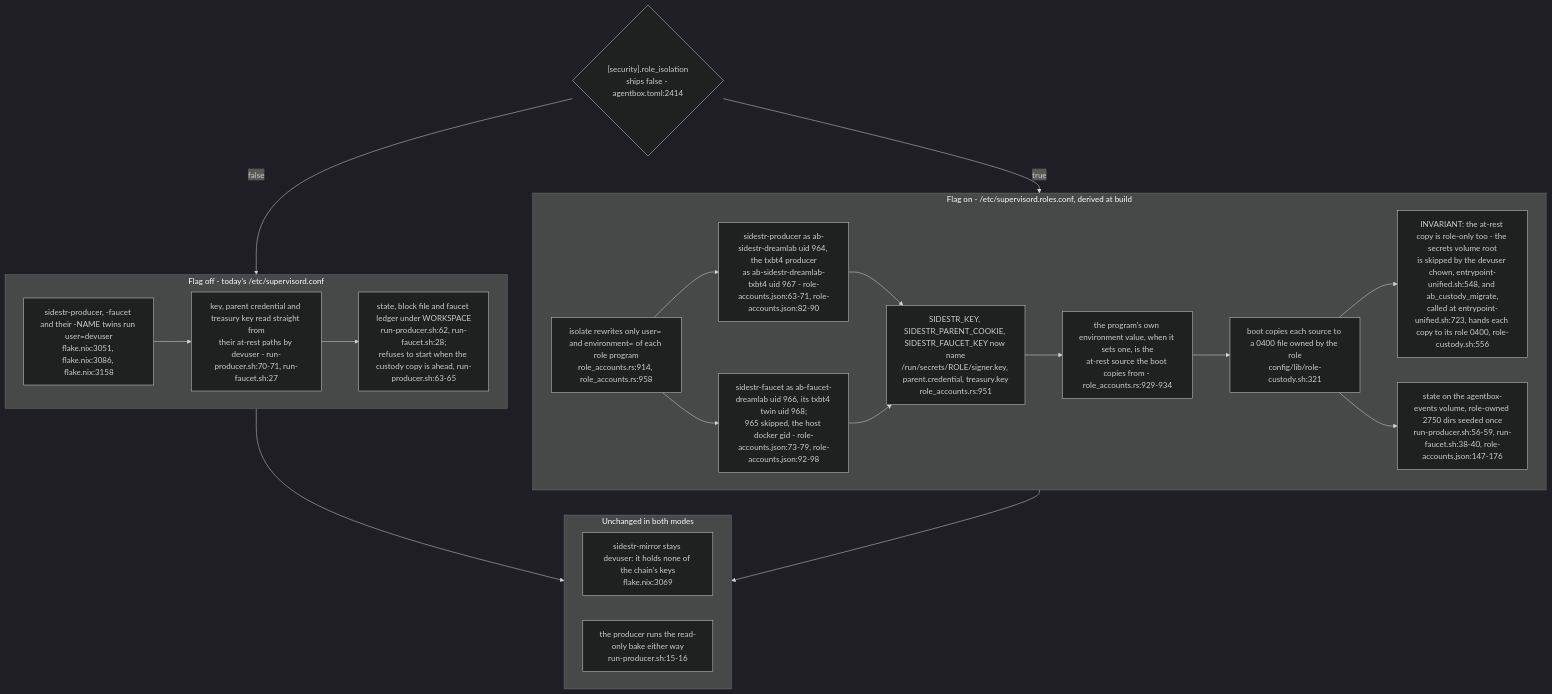
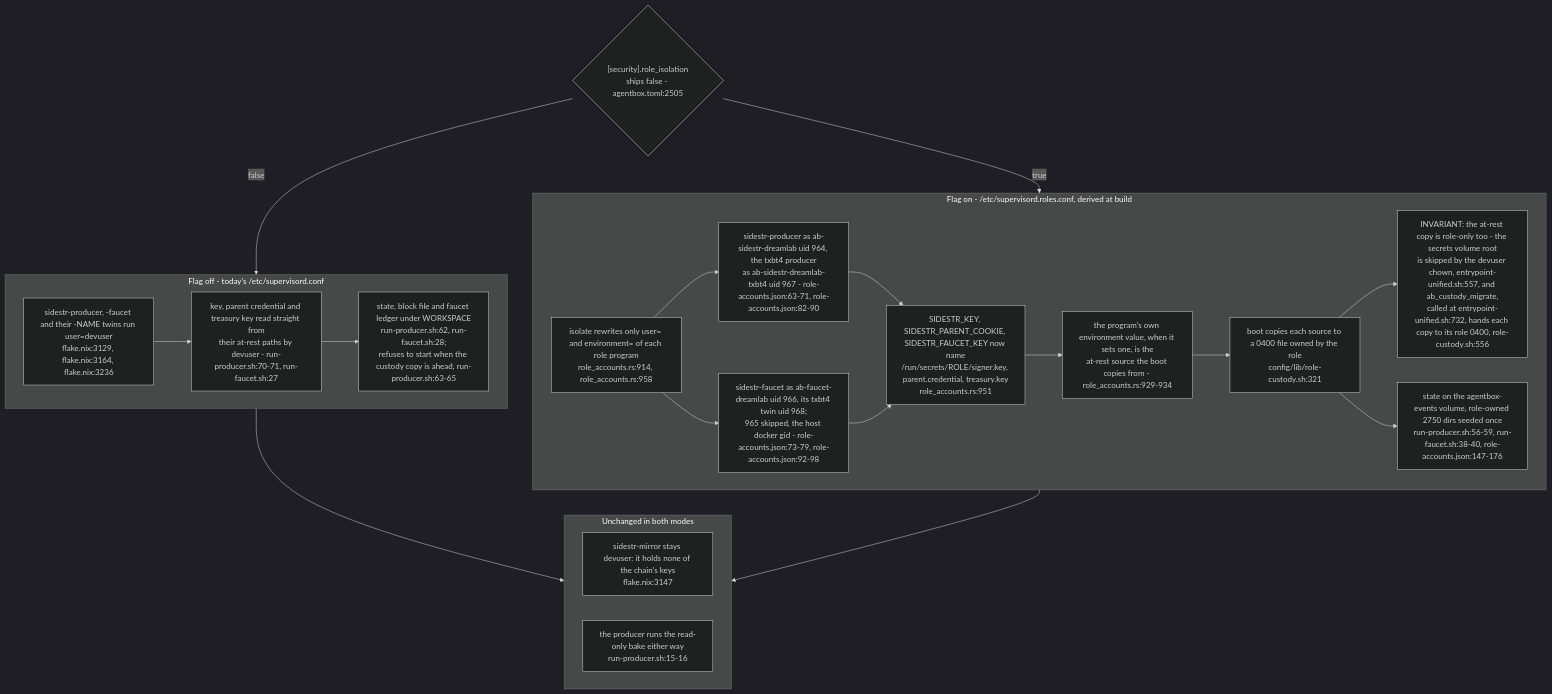
The sixth of 6 diagrams in docs/diagrams/agentbox/34-sidestr-interim-producer-and-mirror.md (DreamLab-AI/VisionFlow), drawn with Mermaid (dark theme) before and after one commit. The commit also changed other lines of this file and 160 other files, not shown here.

````diff
--- a/docs/diagrams/agentbox/34-sidestr-interim-producer-and-mirror.md
+++ b/docs/diagrams/agentbox/34-sidestr-interim-producer-and-mirror.md
@@ -249,33 +251,33 @@
 ```mermaid
 flowchart TB
-    FLAG{"[security].role_isolation<br/>ships false - agentbox.toml:2414"}
+    FLAG{"[security].role_isolation<br/>ships false - agentbox.toml:2505"}
     subgraph off["Flag off - today's /etc/supervisord.conf"]
-        O1["sidestr-producer, -faucet and their -NAME twins run user=devuser<br/>flake.nix:3051, flake.nix:3086, flake.nix:3158"]
+        O1["sidestr-producer, -faucet and their -NAME twins run user=devuser<br/>flake.nix:3129, flake.nix:3164, flake.nix:3236"]
         O2["key, parent credential and treasury key read straight from<br/>their at-rest paths by devuser - run-producer.sh:70-71, run-faucet.sh:27"]
         O3["state, block file and faucet ledger under WORKSPACE<br/>run-producer.sh:62, run-faucet.sh:28;<br/>refuses to start when the custody copy is ahead, run-producer.sh:63-65"]
         O1 --> O2 --> O3
     end
     subgraph on["Flag on - /etc/supervisord.roles.conf, derived at build"]
         R1["isolate rewrites only user= and environment= of each role program<br/>role_accounts.rs:914, role_accounts.rs:958"]
         R2["sidestr-producer as ab-sidestr-dreamlab uid 964, the txbt4 producer<br/>as ab-sidestr-dreamlab-txbt4 uid 967 - role-accounts.json:63-71, role-accounts.json:82-90"]
         R3["sidestr-faucet as ab-faucet-dreamlab uid 966, its txbt4 twin uid 968;<br/>965 skipped, the host docker gid - role-accounts.json:73-79, role-accounts.json:92-98"]
         R4["SIDESTR_KEY, SIDESTR_PARENT_COOKIE, SIDESTR_FAUCET_KEY now name<br/>/run/secrets/ROLE/signer.key, parent.credential, treasury.key<br/>role_accounts.rs:951"]
         R5["the program's own environment value, when it sets one, is the<br/>at-rest source the boot copies from - role_accounts.rs:929-934"]
         R6["boot copies each source to a 0400 file owned by the role<br/>config/lib/role-custody.sh:321"]
-        R7["INVARIANT: the at-rest copy is role-only too - the secrets volume root<br/>is skipped by the devuser chown, entrypoint-unified.sh:548, and ab_custody_migrate,<br/>called at entrypoint-unified.sh:723, hands each copy to its role 0400, role-custody.sh:556"]
+        R7["INVARIANT: the at-rest copy is role-only too - the secrets volume root<br/>is skipped by the devuser chown, entrypoint-unified.sh:557, and ab_custody_migrate,<br/>called at entrypoint-unified.sh:732, hands each copy to its role 0400, role-custody.sh:556"]
         R8["state on the agentbox-events volume, role-owned 2750 dirs seeded once<br/>run-producer.sh:56-59, run-faucet.sh:38-40, role-accounts.json:147-176"]
         R6 --> R7
         R6 --> R8
         R1 --> R2 --> R4
         R1 --> R3 --> R4
         R4 --> R5 --> R6
     end
     subgraph same["Unchanged in both modes"]
-        U1["sidestr-mirror stays devuser: it holds none of the chain's keys<br/>flake.nix:3069"]
+        U1["sidestr-mirror stays devuser: it holds none of the chain's keys<br/>flake.nix:3147"]
         U2["the producer runs the read-only bake either way<br/>run-producer.sh:15-16"]
     end
     FLAG -->|false| off
     FLAG -->|true| on
     off --> same
     on --> same
 ```
````
